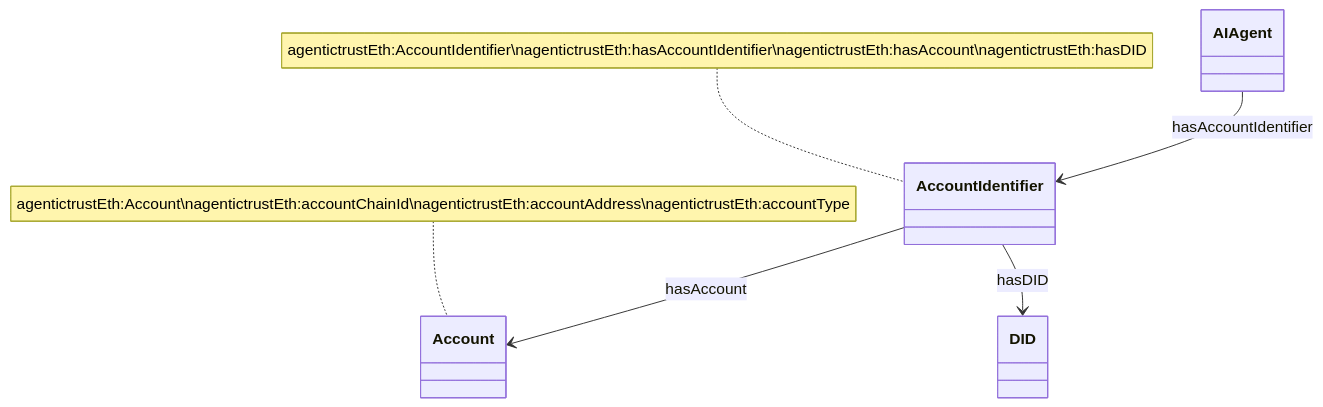
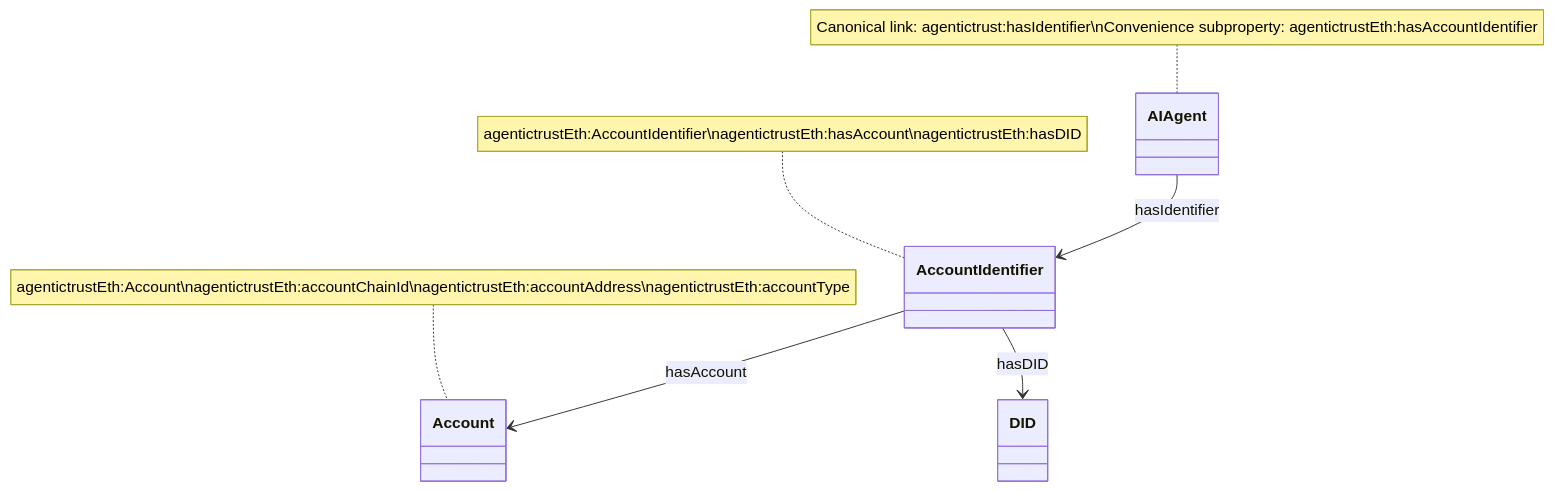
One commit to Agentic-Trust-Layer/agent-explorer changed the third of 6 diagrams in docs/ontology/identifiers.md. Above: the diagram before and after it, drawn with Mermaid. The commit also changed other lines of this file, not shown here.

````diff
--- a/docs/ontology/identifiers.md
+++ b/docs/ontology/identifiers.md
@@ -146,14 +146,15 @@
 ```mermaid
 classDiagram
     class AIAgent
     class AccountIdentifier
     class Account
     class DID
     
-    AIAgent --> AccountIdentifier : hasAccountIdentifier
+    AIAgent --> AccountIdentifier : hasIdentifier
     AccountIdentifier --> Account : hasAccount
     AccountIdentifier --> DID : hasDID
     
-    note for AccountIdentifier "agentictrustEth:AccountIdentifier\nagentictrustEth:hasAccountIdentifier\nagentictrustEth:hasAccount\nagentictrustEth:hasDID"
+    note for AIAgent "Canonical link: agentictrust:hasIdentifier\nConvenience subproperty: agentictrustEth:hasAccountIdentifier"
+    note for AccountIdentifier "agentictrustEth:AccountIdentifier\nagentictrustEth:hasAccount\nagentictrustEth:hasDID"
     note for Account "agentictrustEth:Account\nagentictrustEth:accountChainId\nagentictrustEth:accountAddress\nagentictrustEth:accountType"
 ```
````
